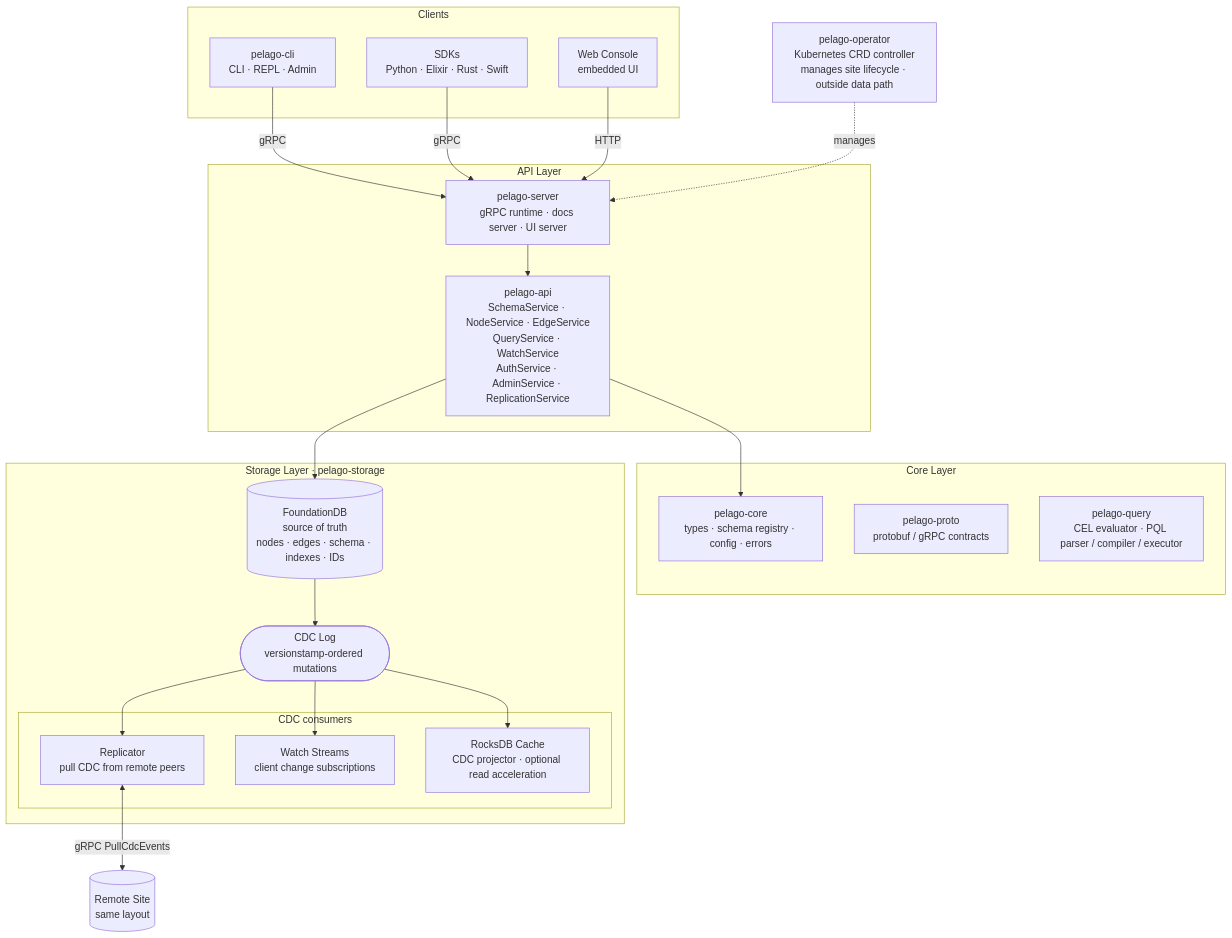
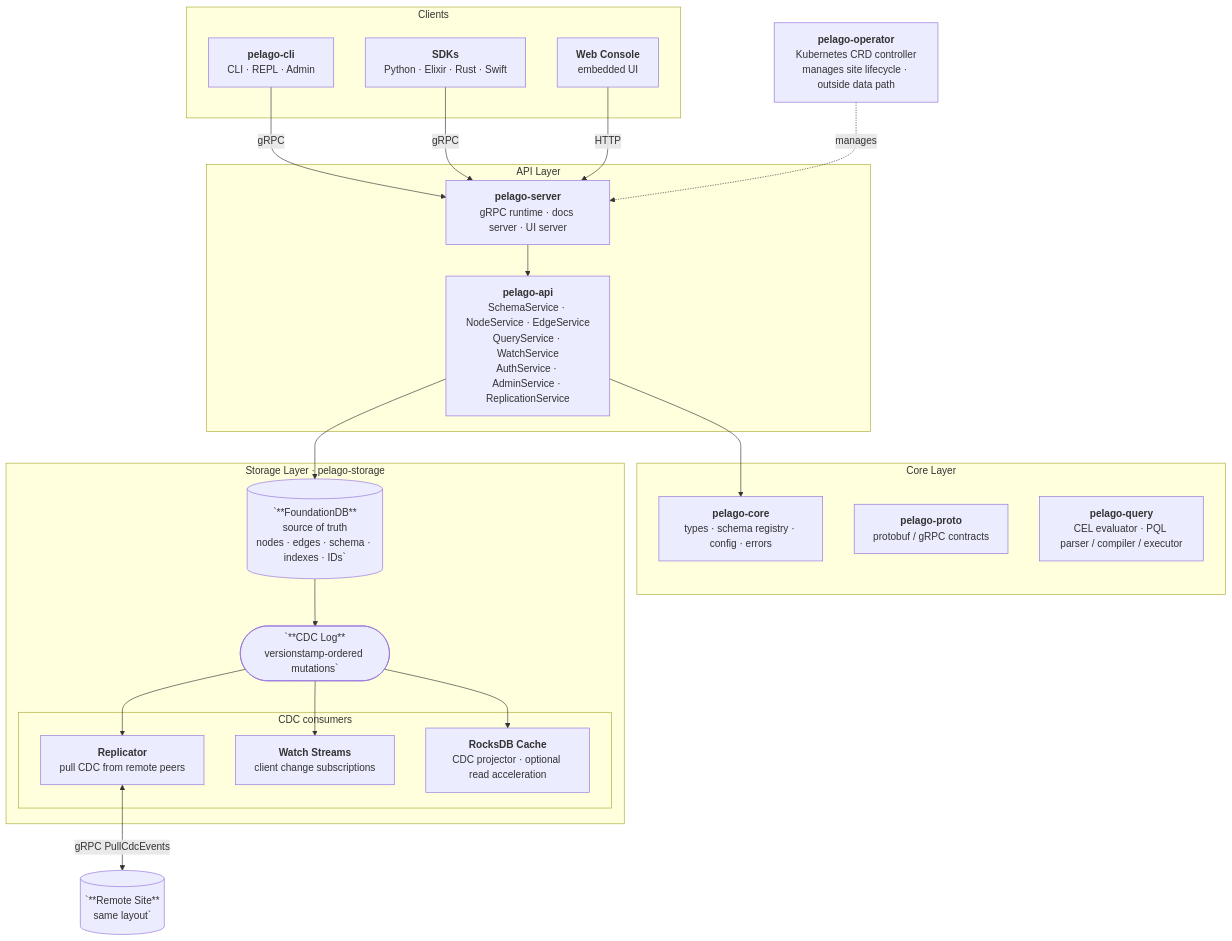
The diagram in README.md (paxsonsa/pelagodb), drawn with Mermaid before and after one commit.

Commit message:
docs(readme): fix mermaid line breaks and bold node titles

````diff
--- a/README.md
+++ b/README.md
@@ -17,46 +17,65 @@
 ```mermaid
 graph TD
     subgraph Clients["Clients"]
-        CLI["pelago-cli\nCLI · REPL · Admin"]
-        SDKs["SDKs\nPython · Elixir · Rust · Swift"]
-        UI["Web Console\nembedded UI"]
+        CLI["`**pelago-cli**
+CLI · REPL · Admin`"]
+        SDKs["`**SDKs**
+Python · Elixir · Rust · Swift`"]
+        UI["`**Web Console**
+embedded UI`"]
     end
 
     subgraph APILayer["API Layer"]
-        SRV["pelago-server\ngRPC runtime · docs server · UI server"]
-        SVCAPI["pelago-api\nSchemaService · NodeService · EdgeService\nQueryService · WatchService\nAuthService · AdminService · ReplicationService"]
+        SRV["`**pelago-server**
+gRPC runtime · docs server · UI server`"]
+        SVCAPI["`**pelago-api**
+SchemaService · NodeService · EdgeService
+QueryService · WatchService
+AuthService · AdminService · ReplicationService`"]
         SRV --> SVCAPI
     end
 
     subgraph CoreLayer["Core Layer"]
-        CORE["pelago-core\ntypes · schema registry · config · errors"]
-        PROTO["pelago-proto\nprotobuf / gRPC contracts"]
-        QUERY["pelago-query\nCEL evaluator · PQL parser / compiler / executor"]
+        CORE["`**pelago-core**
+types · schema registry · config · errors`"]
+        PROTO["`**pelago-proto**
+protobuf / gRPC contracts`"]
+        QUERY["`**pelago-query**
+CEL evaluator · PQL parser / compiler / executor`"]
     end
 
     subgraph StorageLayer["Storage Layer · pelago-storage"]
-        FDB[("FoundationDB\nsource of truth\nnodes · edges · schema · indexes · IDs")]
-        CDC(["CDC Log\nversionstamp-ordered mutations"])
+        FDB[(`**FoundationDB**
+source of truth
+nodes · edges · schema · indexes · IDs`)]
+        CDC([`**CDC Log**
+versionstamp-ordered mutations`])
 
         subgraph CDCConsumers["CDC consumers"]
-            REP["Replicator\npull CDC from remote peers"]
-            WATCH["Watch Streams\nclient change subscriptions"]
-            CACHE["RocksDB Cache\nCDC projector · optional read acceleration"]
+            REP["`**Replicator**
+pull CDC from remote peers`"]
+            WATCH["`**Watch Streams**
+client change subscriptions`"]
+            CACHE["`**RocksDB Cache**
+CDC projector · optional read acceleration`"]
         end
 
         FDB --> CDC
         CDC --> REP
         CDC --> WATCH
         CDC --> CACHE
     end
 
-    KOP["pelago-operator\nKubernetes CRD controller\nmanages site lifecycle · outside data path"]
+    KOP["`**pelago-operator**
+Kubernetes CRD controller
+manages site lifecycle · outside data path`"]
 
     CLI -->|gRPC| SRV
     SDKs -->|gRPC| SRV
     UI -->|HTTP| SRV
     SVCAPI --> CORE
     SVCAPI --> FDB
-    REP <-->|"gRPC PullCdcEvents"| REMOTE[("Remote Site\nsame layout")]
+    REP <-->|"gRPC PullCdcEvents"| REMOTE[(`**Remote Site**
+same layout`)]
     KOP -. manages .-> SRV
 ```
````
